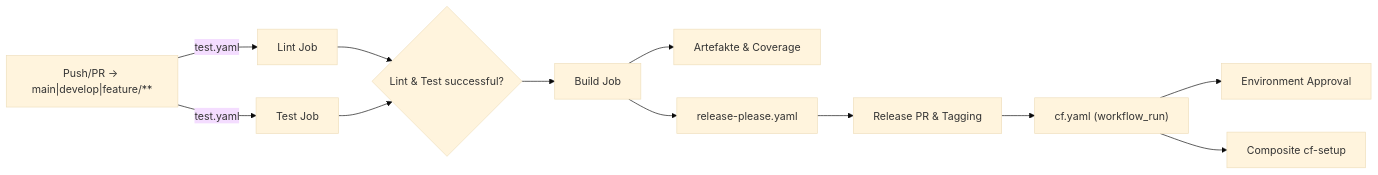
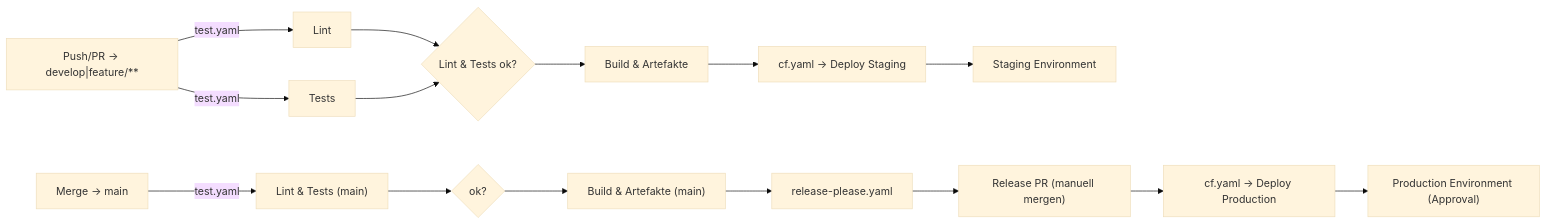
One commit to nimble-123/cap-fiori-timetracking changed the second of 3 diagrams in README.md. Above: the diagram before and after it, drawn with Mermaid (base theme). The commit also changed other lines of this file and 2 other files, not shown here.

Commit message:
fix: Aktualisiere CI/CD-Dokumentation für konsistente Workflow-Beschreibungen und Branch-Strategie

````diff
--- a/README.md
+++ b/README.md
@@ -343,14 +343,17 @@
 ```mermaid
 flowchart LR
-    A["Push/PR → main|develop|feature/**"] -->|test.yaml| B["Lint Job"]
-    A -->|test.yaml| C["Test Job"]
-    B --> D{Lint & Test successful?}
+    A["Push/PR → develop|feature/**"] -->|test.yaml| B["Lint"]
+    A -->|test.yaml| C["Tests"]
+    B --> D{Lint & Tests ok?}
     C --> D
-    D --> E["Build Job"]
-    E --> F["Artefakte & Coverage"]
-    E --> G["release-please.yaml"]
-    G --> H["Release PR & Tagging"]
-    H --> I["cf.yaml (workflow_run)"]
-    I --> J["Environment Approval"]
-    I --> K["Composite cf-setup"]
+    D --> E["Build & Artefakte"]
+    E --> F["cf.yaml → Deploy Staging"]
+    F --> G["Staging Environment"]
+    H["Merge → main"] -->|test.yaml| I["Lint & Tests (main)"]
+    I --> J{ok?}
+    J --> K["Build & Artefakte (main)"]
+    K --> L["release-please.yaml"]
+    L --> M["Release PR (manuell mergen)"]
+    M --> N["cf.yaml → Deploy Production"]
+    N --> O["Production Environment (Approval)"]
 ```
````
